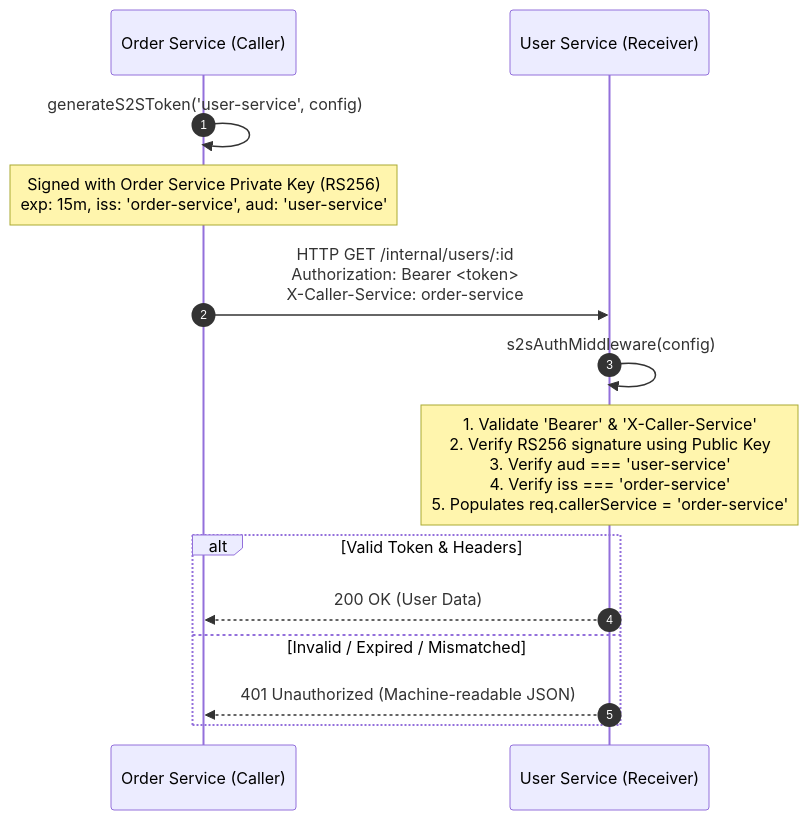
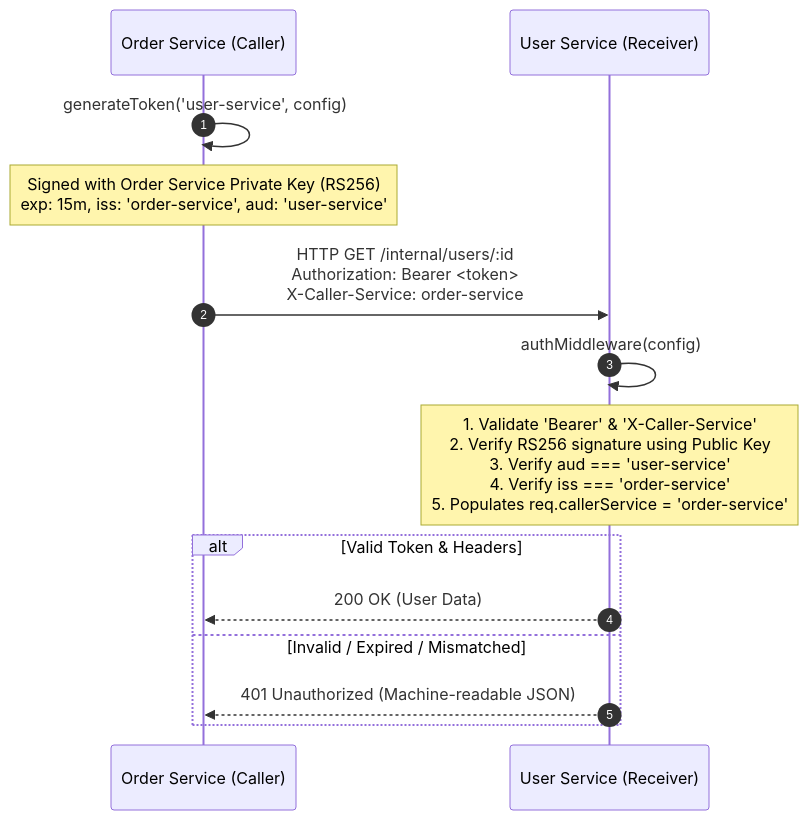
The diagram in packages/s2s-core/README.md (ACE-Program-Brototype/spotq-common), drawn with Mermaid before and after one commit. The commit also changed other lines of this file and 5 other files, not shown here.

````diff
--- a/packages/s2s-core/README.md
+++ b/packages/s2s-core/README.md
@@ -26,17 +26,17 @@
 ```mermaid
 sequenceDiagram
     autonumber
     participant Caller as Order Service (Caller)
     participant Receiver as User Service (Receiver)
 
-    Caller->>Caller: generateS2SToken('user-service', config)
+    Caller->>Caller: generateToken('user-service', config)
     Note over Caller: Signed with Order Service Private Key (RS256)<br/>exp: 15m, iss: 'order-service', aud: 'user-service'
     Caller->>Receiver: HTTP GET /internal/users/:id<br/>Authorization: Bearer <token><br/>X-Caller-Service: order-service
-    Receiver->>Receiver: s2sAuthMiddleware(config)
+    Receiver->>Receiver: authMiddleware(config)
     Note over Receiver: 1. Validate 'Bearer' & 'X-Caller-Service'<br/>2. Verify RS256 signature using Public Key<br/>3. Verify aud === 'user-service'<br/>4. Verify iss === 'order-service'<br/>5. Populates req.callerService = 'order-service'
     alt Valid Token & Headers
         Receiver-->>Caller: 200 OK (User Data)
     else Invalid / Expired / Mismatched
         Receiver-->>Caller: 401 Unauthorized (Machine-readable JSON)
     end
 ```
````
